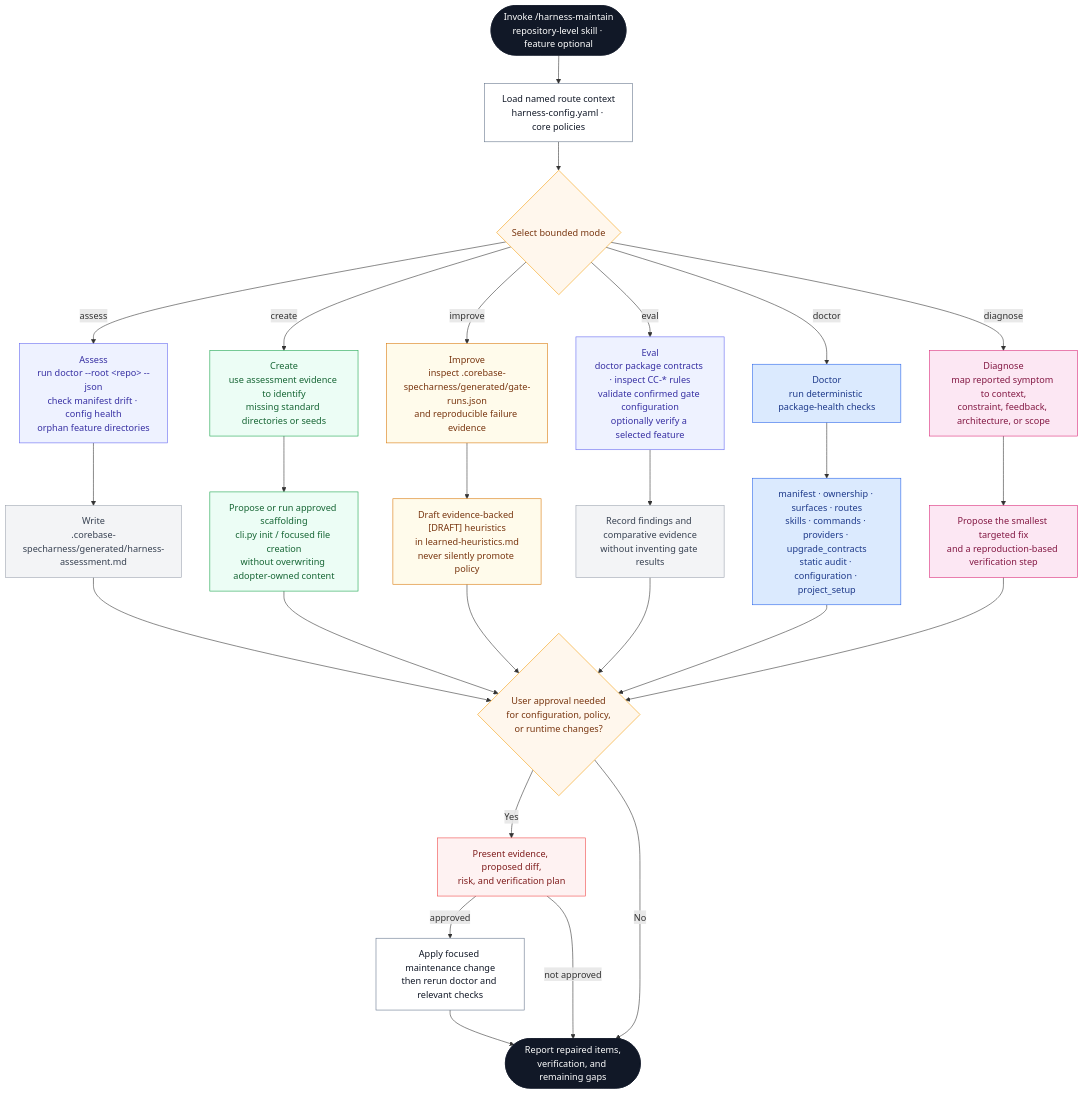
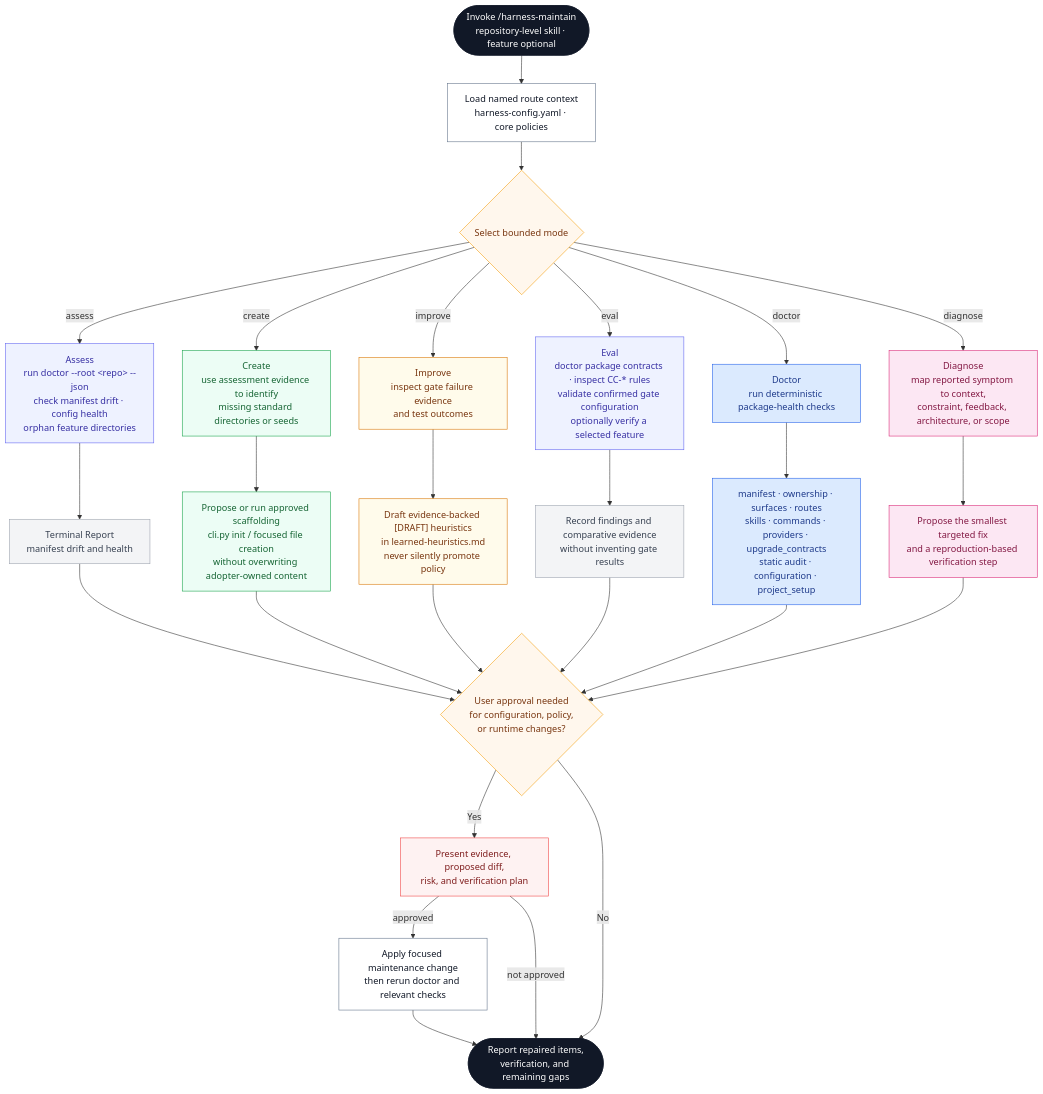
Before and after one commit to thaihai-swe/corebase-specharness: the diagram in documents/diagrams/source/harness/harness-maintenance.mmd, drawn with Mermaid. The commit also changed 42 other files, not shown here.

```diff
--- a/documents/diagrams/source/harness/harness-maintenance.mmd
+++ b/documents/diagrams/source/harness/harness-maintenance.mmd
@@ -1,50 +1,50 @@
 flowchart TD
     %% Harness Maintenance — implementation authority:
     %% harness-maintain/SKILL.md, cli.py, harness/doctor.py, and handlers/lifecycle.py
 
     START(["Invoke /harness-maintain<br/>repository-level skill · feature optional"]):::terminal
     START --> CONTEXT["Load named route context<br/>harness-config.yaml · core policies"]:::step
     CONTEXT --> MODE{Select bounded mode}:::decision
 
     MODE -->|assess| ASSESS["Assess<br/>run doctor --root &lt;repo&gt; --json<br/>check manifest drift · config health<br/>orphan feature directories"]:::assess
-    ASSESS --> REPORT["Write<br/>.corebase-specharness/generated/harness-assessment.md"]:::output
+    ASSESS --> REPORT["Terminal Report<br/>manifest drift and health"]:::output
 
     MODE -->|create| CREATE["Create<br/>use assessment evidence to identify<br/>missing standard directories or seeds"]:::create
     CREATE --> INIT["Propose or run approved scaffolding<br/>cli.py init / focused file creation<br/>without overwriting adopter-owned content"]:::create
 
-    MODE -->|improve| IMPROVE["Improve<br/>inspect .corebase-specharness/generated/gate-runs.json<br/>and reproducible failure evidence"]:::improve
+    MODE -->|improve| IMPROVE["Improve<br/>inspect gate failure evidence<br/>and test outcomes"]:::improve
     IMPROVE --> DRAFT["Draft evidence-backed [DRAFT] heuristics<br/>in learned-heuristics.md<br/>never silently promote policy"]:::improve
 
     MODE -->|eval| EVAL["Eval<br/>doctor package contracts · inspect CC-* rules<br/>validate confirmed gate configuration<br/>optionally verify a selected feature"]:::assess
     EVAL --> EVAL_OUT["Record findings and comparative evidence<br/>without inventing gate results"]:::output
 
     MODE -->|doctor| DOCTOR["Doctor<br/>run deterministic package-health checks"]:::doctor
     DOCTOR --> CHECKS["manifest · ownership · surfaces · routes<br/>skills · commands · providers · upgrade_contracts<br/>static audit · configuration · project_setup"]:::doctor
 
     MODE -->|diagnose| DIAGNOSE["Diagnose<br/>map reported symptom to context,<br/>constraint, feedback, architecture, or scope"]:::diagnose
     DIAGNOSE --> FIX["Propose the smallest targeted fix<br/>and a reproduction-based verification step"]:::diagnose
 
     REPORT --> REVIEW
     INIT --> REVIEW
     DRAFT --> REVIEW
     EVAL_OUT --> REVIEW
     CHECKS --> REVIEW
     FIX --> REVIEW
 
     REVIEW{User approval needed<br/>for configuration, policy,<br/>or runtime changes?}:::decision
     REVIEW -->|Yes| APPROVE["Present evidence, proposed diff,<br/>risk, and verification plan"]:::approval
     APPROVE -->|approved| APPLY["Apply focused maintenance change<br/>then rerun doctor and relevant checks"]:::step
     APPROVE -->|not approved| END
     REVIEW -->|No| END
     APPLY --> END(["Report repaired items,<br/>verification, and remaining gaps"]):::terminal
 
     classDef terminal fill:#111827,stroke:#111827,color:#fff
     classDef decision fill:#fff7ed,stroke:#f59e0b,color:#78350f
     classDef step fill:#fff,stroke:#64748b,color:#111827
     classDef assess fill:#eef2ff,stroke:#6366f1,color:#3730a3
     classDef improve fill:#fffbeb,stroke:#d97706,color:#78350f
     classDef create fill:#ecfdf5,stroke:#16a34a,color:#166534
     classDef doctor fill:#dbeafe,stroke:#2563eb,color:#1e3a8a
     classDef diagnose fill:#fce7f3,stroke:#db2777,color:#831843
     classDef output fill:#f3f4f6,stroke:#9ca3af,color:#374151
     classDef approval fill:#fef2f2,stroke:#ef4444,color:#7f1d1d
```
